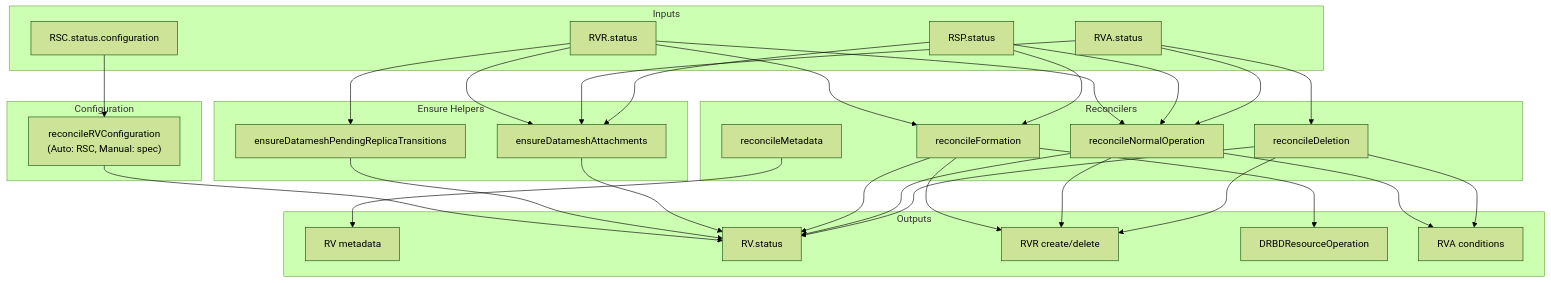
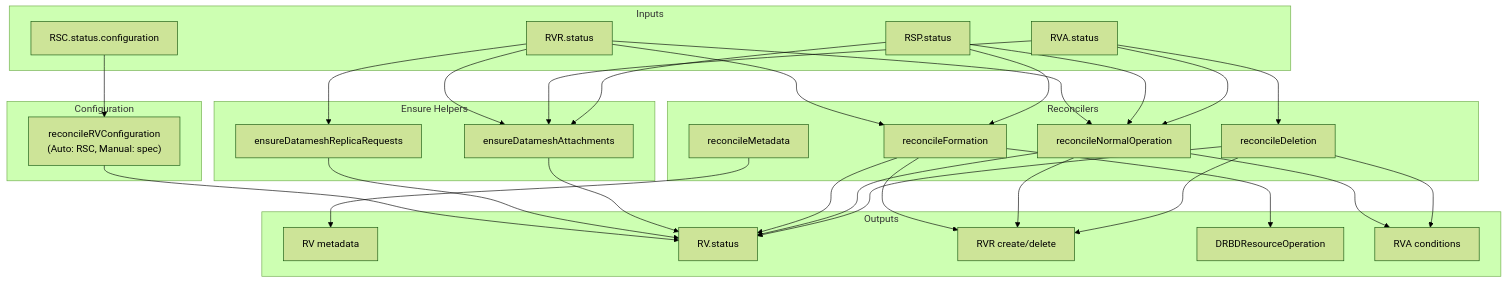
Before and after one commit to deckhouse/sds-replicated-volume: the second of 13 diagrams in images/controller/internal/controllers/rv_controller/README.md, drawn with Mermaid (forest theme). The commit also changed other lines of this file and 23 other files, not shown here.

````diff
--- a/images/controller/internal/controllers/rv_controller/README.md
+++ b/images/controller/internal/controllers/rv_controller/README.md
@@ -355,59 +355,59 @@
 ```mermaid
 flowchart TD
     subgraph inputs [Inputs]
         RSCStatus[RSC.status.configuration]
         RSP[RSP.status]
         RVRStatus[RVR.status]
         RVAStatus[RVA.status]
     end
 
     subgraph reconcilers [Reconcilers]
         ReconcileMeta[reconcileMetadata]
         ReconcileFormation[reconcileFormation]
         ReconcileNormalOp[reconcileNormalOperation]
         ReconcileDeletion[reconcileDeletion]
     end
 
     subgraph ensures [Ensure Helpers]
-        EnsurePending[ensureDatameshPendingReplicaTransitions]
+        EnsurePending[ensureDatameshReplicaRequests]
         EnsureAttachments[ensureDatameshAttachments]
     end
 
     subgraph configReconciler [Configuration]
         ReconcileConfig["reconcileRVConfiguration<br/>(Auto: RSC, Manual: spec)"]
     end
 
     subgraph outputs [Outputs]
         RVMeta[RV metadata]
         RVStatus[RV.status]
         RVRManaged[RVR create/delete]
         DRBDROp[DRBDResourceOperation]
         RVAConditions[RVA conditions]
     end
 
     RSCStatus --> ReconcileConfig
     RVRStatus --> EnsurePending
     RVRStatus --> ReconcileFormation
     RSP --> ReconcileFormation
     RVRStatus --> ReconcileNormalOp
     RSP --> ReconcileNormalOp
     RVAStatus --> ReconcileNormalOp
     RVAStatus --> ReconcileDeletion
     RVRStatus --> EnsureAttachments
     RVAStatus --> EnsureAttachments
     RSP --> EnsureAttachments
 
     ReconcileMeta --> RVMeta
     ReconcileConfig --> RVStatus
     EnsurePending --> RVStatus
     EnsureAttachments --> RVStatus
     ReconcileFormation --> RVStatus
     ReconcileFormation --> RVRManaged
     ReconcileFormation --> DRBDROp
     ReconcileNormalOp --> RVStatus
     ReconcileNormalOp --> RVRManaged
     ReconcileNormalOp --> RVAConditions
     ReconcileDeletion --> RVAConditions
     ReconcileDeletion --> RVRManaged
     ReconcileDeletion --> RVStatus
 ```
````
